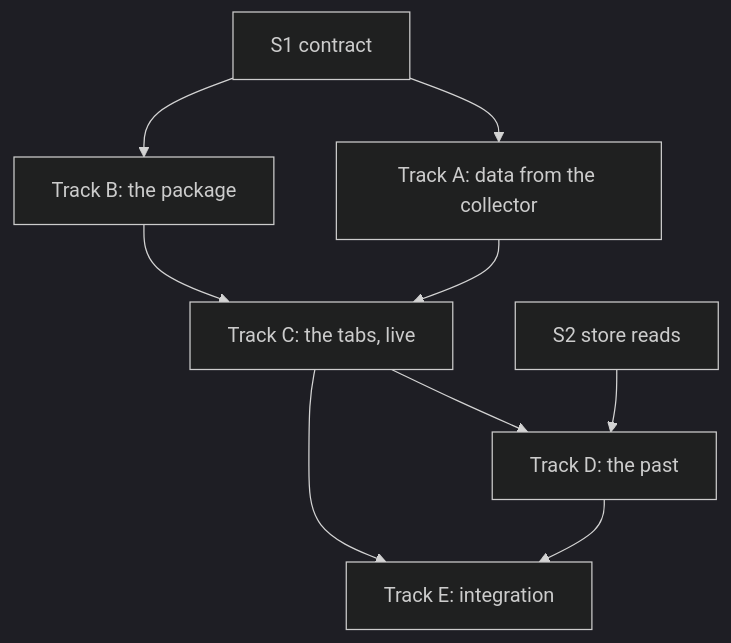
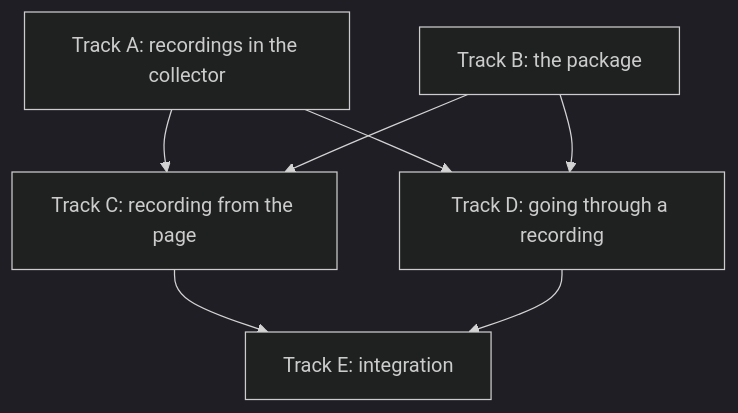
One commit to awksedgreep/timeless_beam_acct changed the diagram in docs/DASHBOARD_PLAN.md. Above: the diagram before and after it, drawn with Mermaid (dark theme). The commit also changed other lines of this file, not shown here.

First line of the commit message:
The dashboard plan, rewritten around recordings

````diff
--- a/docs/DASHBOARD_PLAN.md
+++ b/docs/DASHBOARD_PLAN.md
@@ -176,11 +233,9 @@
 ```mermaid
 graph TD
-  S1[S1 contract] --> A[Track A: data from the collector]
-  S1 --> B[Track B: the package]
-  A --> C[Track C: the tabs, live]
-  B --> C
-  S2[S2 store reads] --> D[Track D: the past]
-  C --> D
+  A[Track A: recordings in the collector] --> C[Track C: recording from the page]
+  B[Track B: the package] --> C
+  A --> D[Track D: going through a recording]
+  B --> D
   C --> E[Track E: integration]
   D --> E
 ```
````
